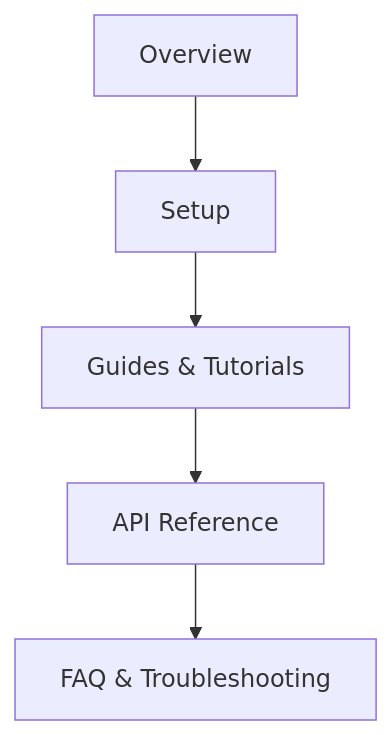
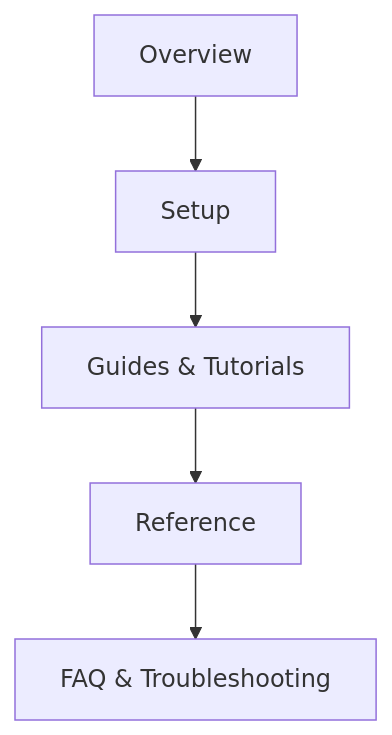
Before and after one commit to OlesyaTheBest/MyRule: the diagram in TechnicalDocumentation.md, drawn with Mermaid.

````diff
--- a/TechnicalDocumentation.md
+++ b/TechnicalDocumentation.md
@@ -17,7 +17,7 @@
 ```mermaid
 graph TD
     A[Overview] --> B[Setup]
     B --> C[Guides & Tutorials]
-    C --> D[API Reference]
+    C --> D[Reference]
     D --> E[FAQ & Troubleshooting]
 ```
````
